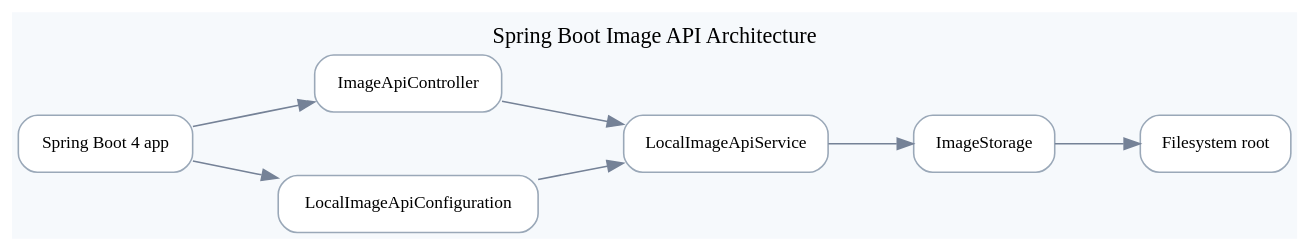
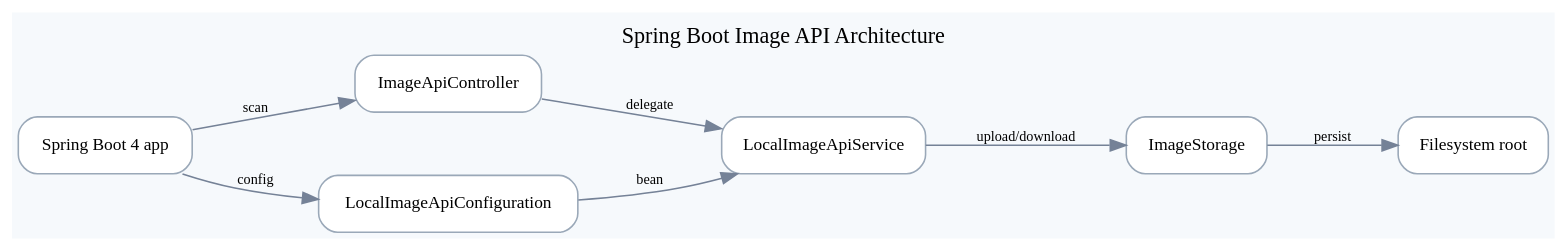
One commit to bluetape4k/bluetape4k-image changed the diagram in docs/images/readme-diagrams/examples-spring-boot-image-api-architecture-01.dot. Above: the diagram before and after it, drawn with Graphviz. The commit also changed 40 other files, not shown here.

First line of the commit message:
docs: validate example diagram routing

```diff
--- a/docs/images/readme-diagrams/examples-spring-boot-image-api-architecture-01.dot
+++ b/docs/images/readme-diagrams/examples-spring-boot-image-api-architecture-01.dot
@@ -1,19 +1,19 @@
 digraph G {
   graph [rankdir=LR, bgcolor="#F6F9FC", margin=0.18, nodesep=0.55, ranksep=0.75];
   node [shape=box, style="rounded,filled", fillcolor="#FFFFFF", color="#9AA8B8", fontname="Comic Mono", fontsize=11];
   edge [color="#758297", fontname="Comic Mono", fontsize=9];
   label="Spring Boot Image API Architecture";
   labelloc="t";
   "boot" [label="Spring Boot 4 app"];
   "controller" [label="ImageApiController"];
   "config" [label="LocalImageApiConfiguration"];
   "service" [label="LocalImageApiService"];
   "storage" [label="ImageStorage"];
   "files" [label="Filesystem root"];
-  "boot" -> "controller" [label=""];
-  "boot" -> "config" [label=""];
-  "controller" -> "service" [label=""];
-  "config" -> "service" [label=""];
-  "service" -> "storage" [label=""];
-  "storage" -> "files" [label=""];
+  "boot" -> "controller" [label="scan"];
+  "boot" -> "config" [label="config"];
+  "controller" -> "service" [label="delegate"];
+  "config" -> "service" [label="bean"];
+  "service" -> "storage" [label="upload/download"];
+  "storage" -> "files" [label="persist"];
 }
```
